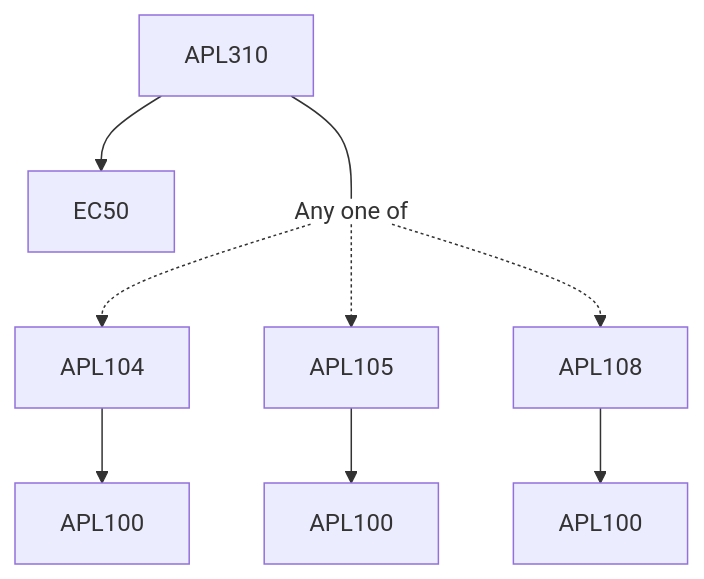
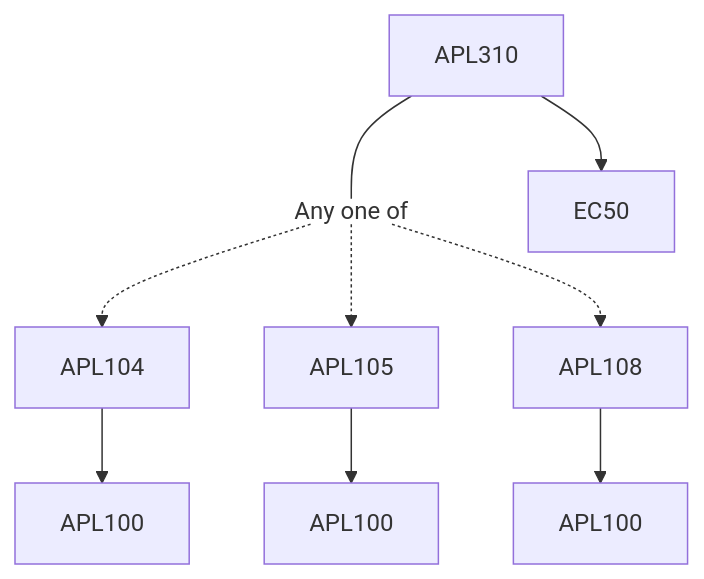
The diagram in content/Applied Mechanics/APL310.md (KeshavBansal0122/CoS_Website), drawn with Mermaid before and after one commit. The commit also changed other lines of this file and 392 other files, not shown here.

````diff
--- a/content/Applied Mechanics/APL310.md
+++ b/content/Applied Mechanics/APL310.md
@@ -13,15 +13,15 @@
 ```mermaid
 flowchart TD
 APL310-1268[APL310]
+APL310-1268 --- Or1269[Any one of]:::empty
+Or1269 -.-> APL104-1270[APL104]
+APL104-1270 --> APL100-1270[APL100]
+Or1269 -.-> APL105-1271[APL105]
+APL105-1271 --> APL100-1271[APL100]
+APL108-1272 --> APL100-1272[APL100]
+Or1269 -.-> APL108-1272[APL108]
 APL310-1268 --> EC50-1268[EC50]
-APL310-1268 --- Or1269[Any one of]:::empty
-APL104-1270 --> APL100-1270[APL100]
-Or1269 -.-> APL104-1270[APL104]
-APL105-1271 --> APL100-1271[APL100]
-Or1269 -.-> APL105-1271[APL105]
-Or1269 -.-> APL108-1272[APL108]
-APL108-1272 --> APL100-1272[APL100]
 
 classDef empty height:17px, fill:transparent, stroke:transparent;
 classDef trueEmpty height:0px, width:0px;
 ```
````
